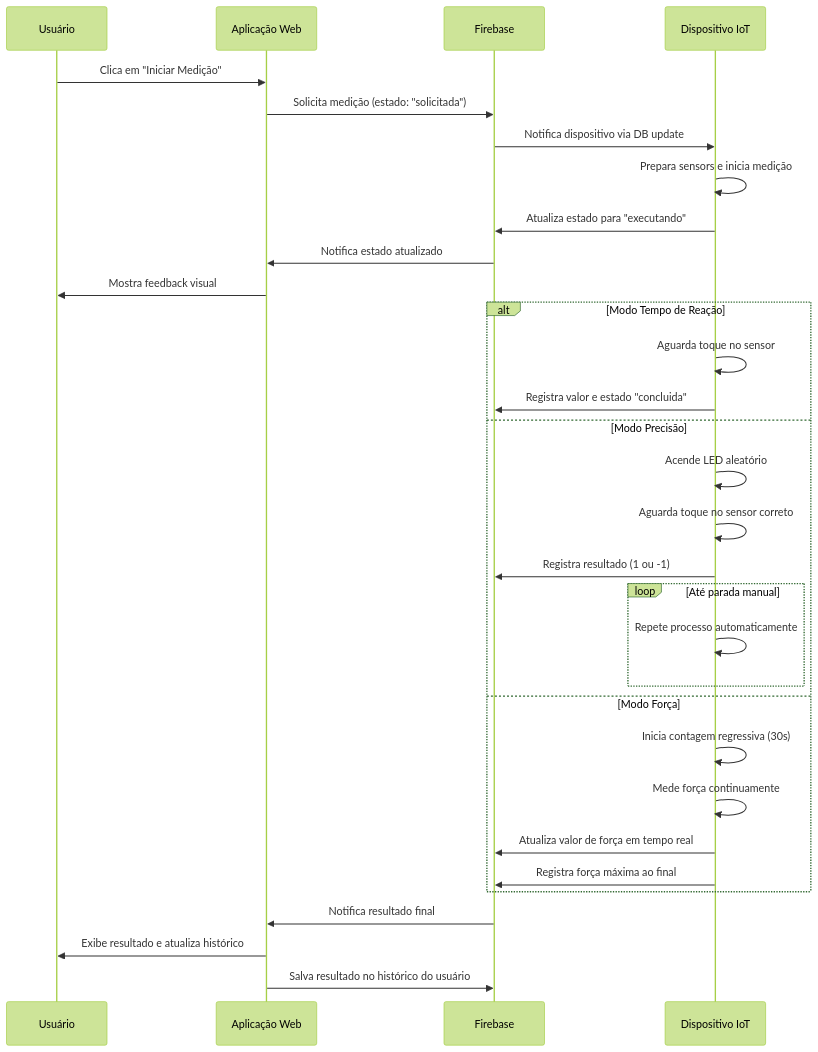
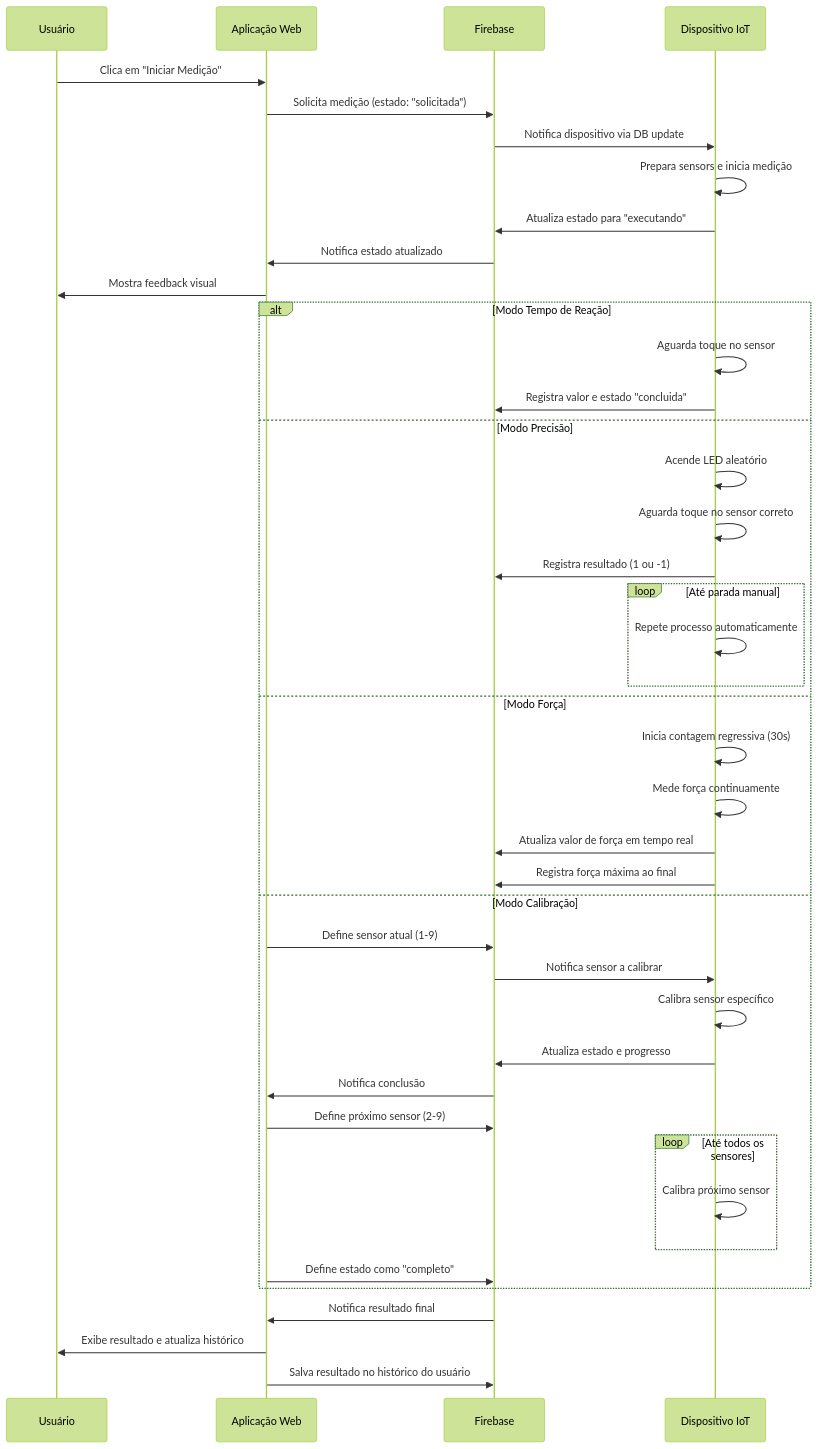
Before and after one commit to tecbudo/boxeiot: the third of 5 diagrams in documentação.md, drawn with Mermaid (forest theme). The commit also changed other lines of this file, not shown here.

Commit message:
atualiza documentação do sistema BoxeIoT com novas seções sobre calibração de sensores e sincronização entre site e firmware

````diff
--- a/documentação.md
+++ b/documentação.md
@@ -208,36 +215,47 @@
 ```mermaid
 sequenceDiagram
     participant U as Usuário
     participant A as Aplicação Web
     participant F as Firebase
     participant D as Dispositivo IoT
 
     U->>A: Clica em "Iniciar Medição"
     A->>F: Solicita medição (estado: "solicitada")
     F->>D: Notifica dispositivo via DB update
     D->>D: Prepara sensors e inicia medição
     D->>F: Atualiza estado para "executando"
     F->>A: Notifica estado atualizado
     A->>U: Mostra feedback visual
     
     alt Modo Tempo de Reação
         D->>D: Aguarda toque no sensor
         D->>F: Registra valor e estado "concluida"
     else Modo Precisão
         D->>D: Acende LED aleatório
         D->>D: Aguarda toque no sensor correto
         D->>F: Registra resultado (1 ou -1)
         loop Até parada manual
             D->>D: Repete processo automaticamente
         end
     else Modo Força
         D->>D: Inicia contagem regressiva (30s)
         D->>D: Mede força continuamente
         D->>F: Atualiza valor de força em tempo real
         D->>F: Registra força máxima ao final
+    else Modo Calibração
+        A->>F: Define sensor atual (1-9)
+        F->>D: Notifica sensor a calibrar
+        D->>D: Calibra sensor específico
+        D->>F: Atualiza estado e progresso
+        F->>A: Notifica conclusão
+        A->>F: Define próximo sensor (2-9)
+        loop Até todos os sensores
+            D->>D: Calibra próximo sensor
+        end
+        A->>F: Define estado como "completo"
     end
     
     F->>A: Notifica resultado final
     A->>U: Exibe resultado e atualiza histórico
     A->>F: Salva resultado no histórico do usuário
 ```
````
